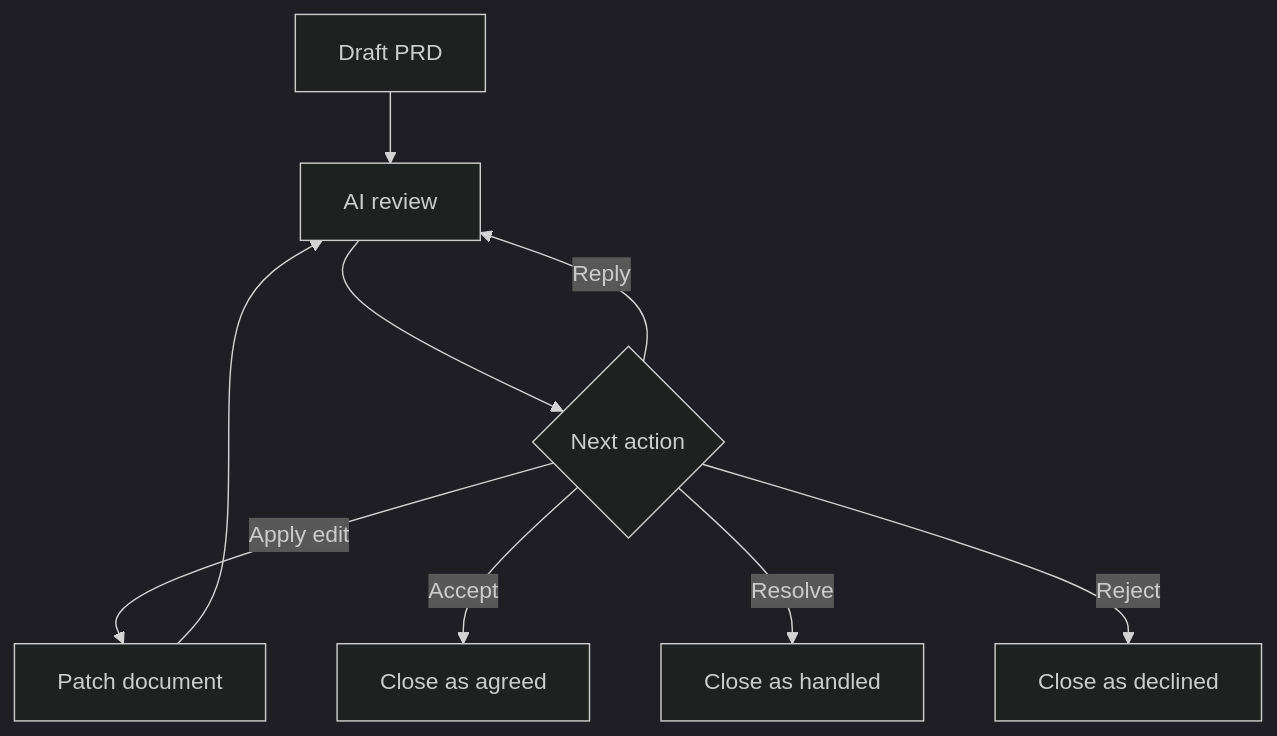
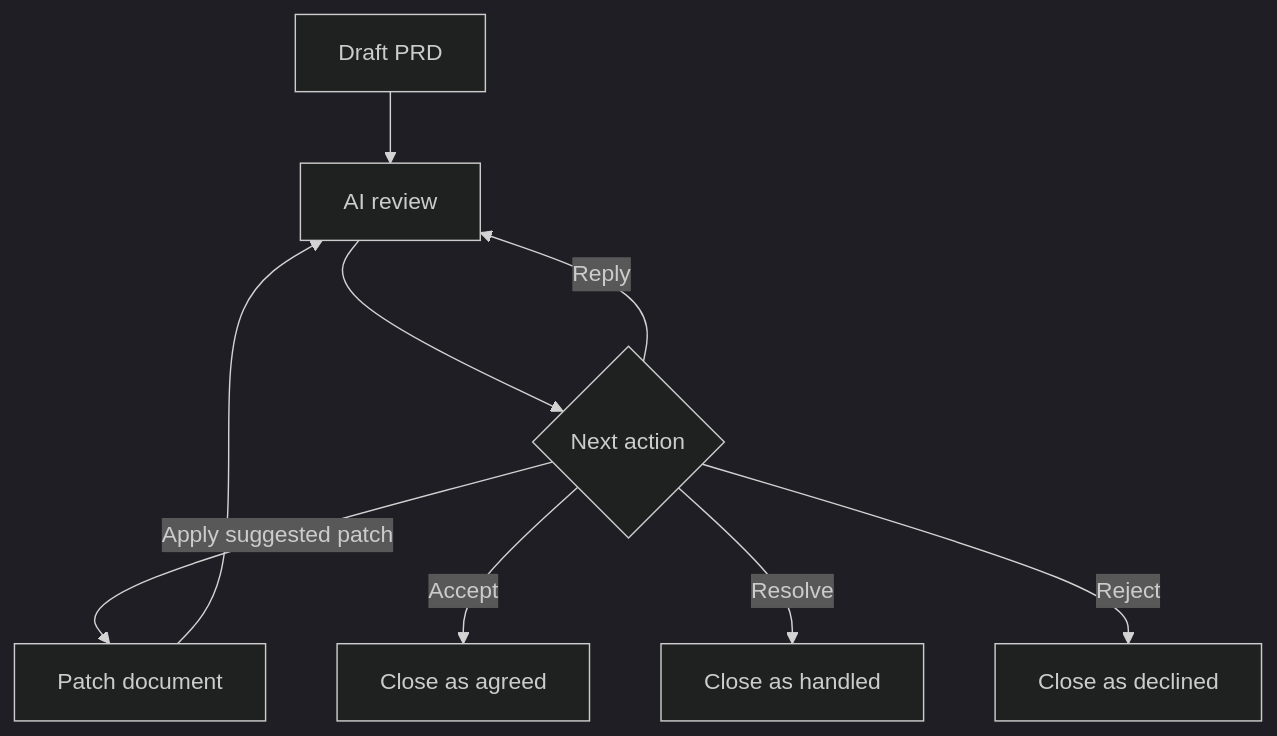
One commit to uptown/ai-markdown-review-loop changed the diagram in docs/mermaid-sample.md. Above: the diagram before and after it, drawn with Mermaid (dark theme). The commit also changed other lines of this file and 6 other files, not shown here.

````diff
--- a/docs/mermaid-sample.md
+++ b/docs/mermaid-sample.md
@@ -5,11 +5,11 @@
 ```mermaid
 flowchart TD
   A[Draft PRD] --> B[AI review]
   B --> C{Next action}
-  C -->|Apply edit| D[Patch document]
+  C -->|Apply suggested patch| D[Patch document]
   D --> B
   C -->|Accept| E[Close as agreed]
   C -->|Resolve| F[Close as handled]
   C -->|Reject| G[Close as declined]
   C -->|Reply| B
 ```
````
